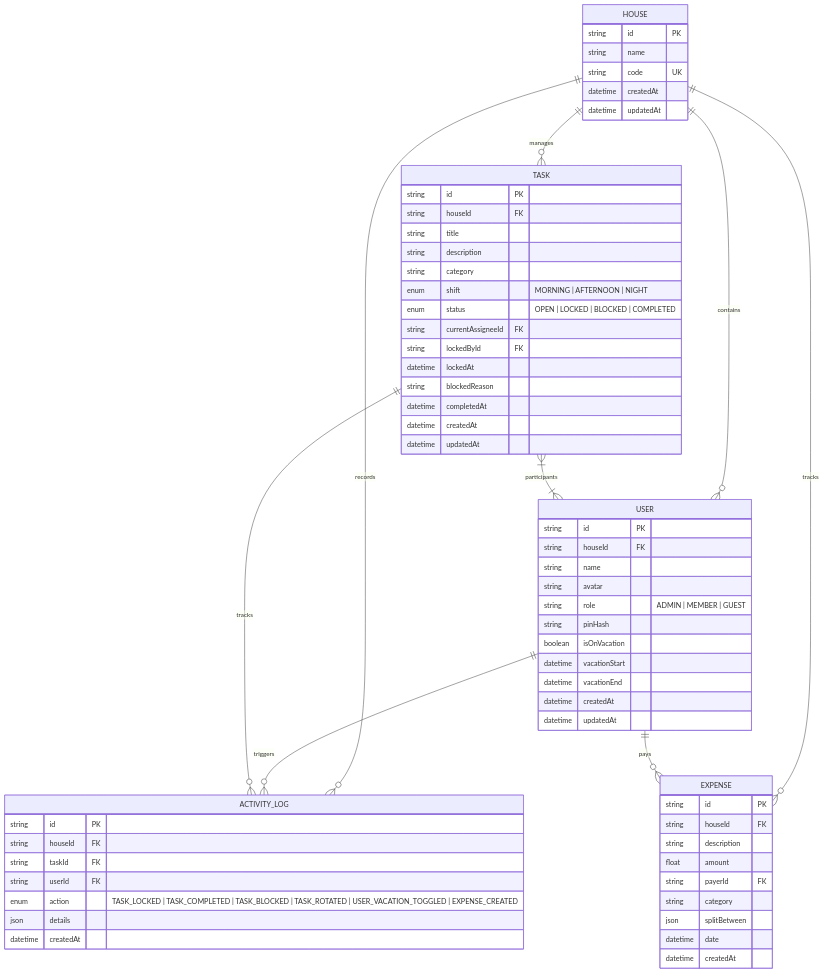
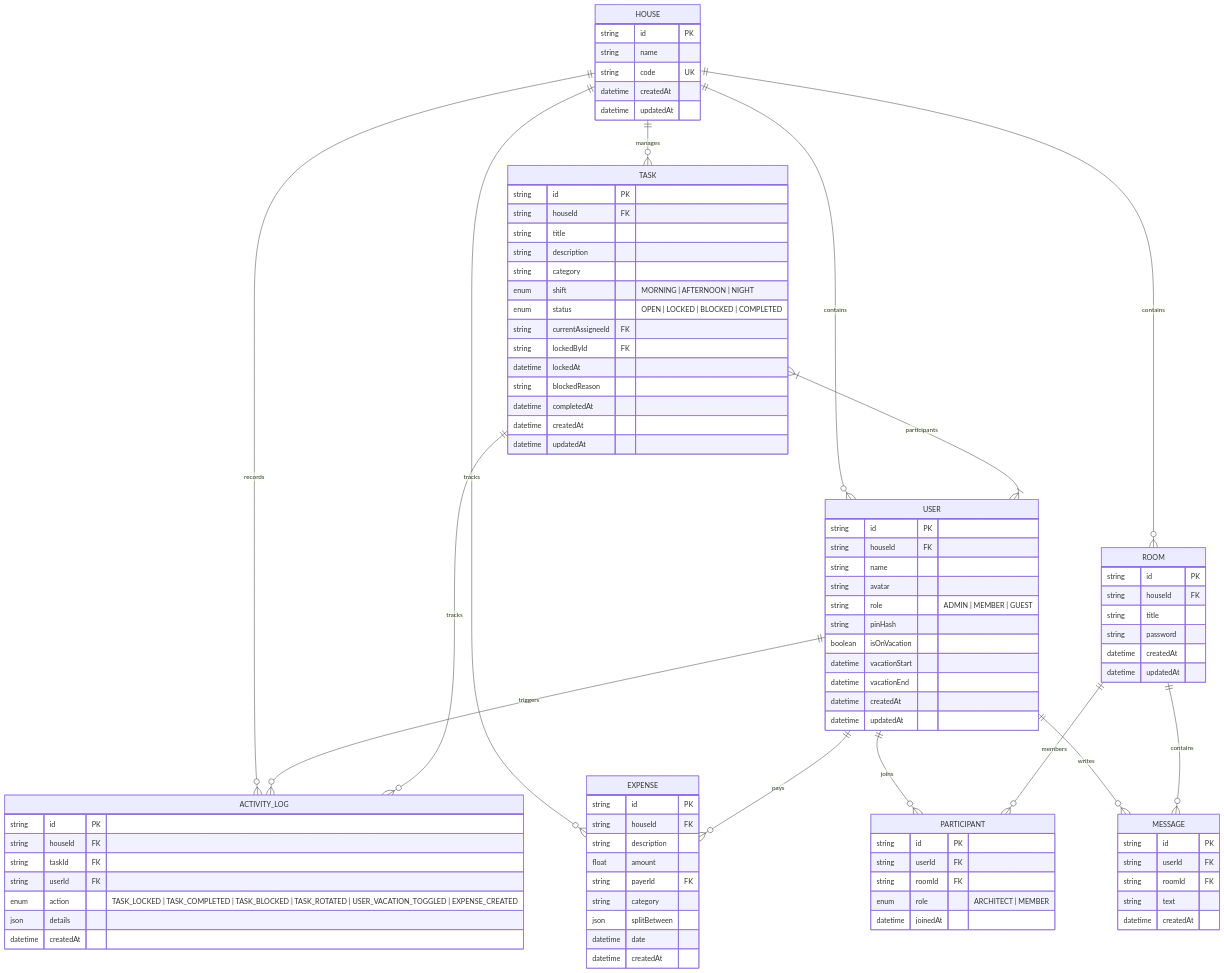
The diagram in docs/architecture/data-model.md (victorlanga348/Domus), drawn with Mermaid before and after one commit. The commit also changed other lines of this file and 16 other files, not shown here.

Commit message:
feat(rooms): add protected rooms, bcrypt security and architect role hierarchy

```diff
--- a/docs/architecture/data-model.md
+++ b/docs/architecture/data-model.md
@@ -12,6 +12,12 @@
     USER ||--o{ EXPENSE : pays
     TASK ||--o{ ACTIVITY_LOG : tracks
     TASK }|--|{ USER : participants
+
+    HOUSE ||--o{ ROOM : contains
+    USER ||--o{ PARTICIPANT : joins
+    ROOM ||--o{ PARTICIPANT : members
+    USER ||--o{ MESSAGE : writes
+    ROOM ||--o{ MESSAGE : contains
 
     HOUSE {
         string id PK
@@ -33,6 +39,31 @@
         datetime vacationEnd
         datetime createdAt
         datetime updatedAt
+    }
+
+    ROOM {
+        string id PK
+        string houseId FK
+        string title
+        string password
+        datetime createdAt
+        datetime updatedAt
+    }
+
+    PARTICIPANT {
+        string id PK
+        string userId FK
+        string roomId FK
+        enum role "ARCHITECT | MEMBER"
+        datetime joinedAt
+    }
+
+    MESSAGE {
+        string id PK
+        string userId FK
+        string roomId FK
+        string text
+        datetime createdAt
     }
 
     TASK {
```
